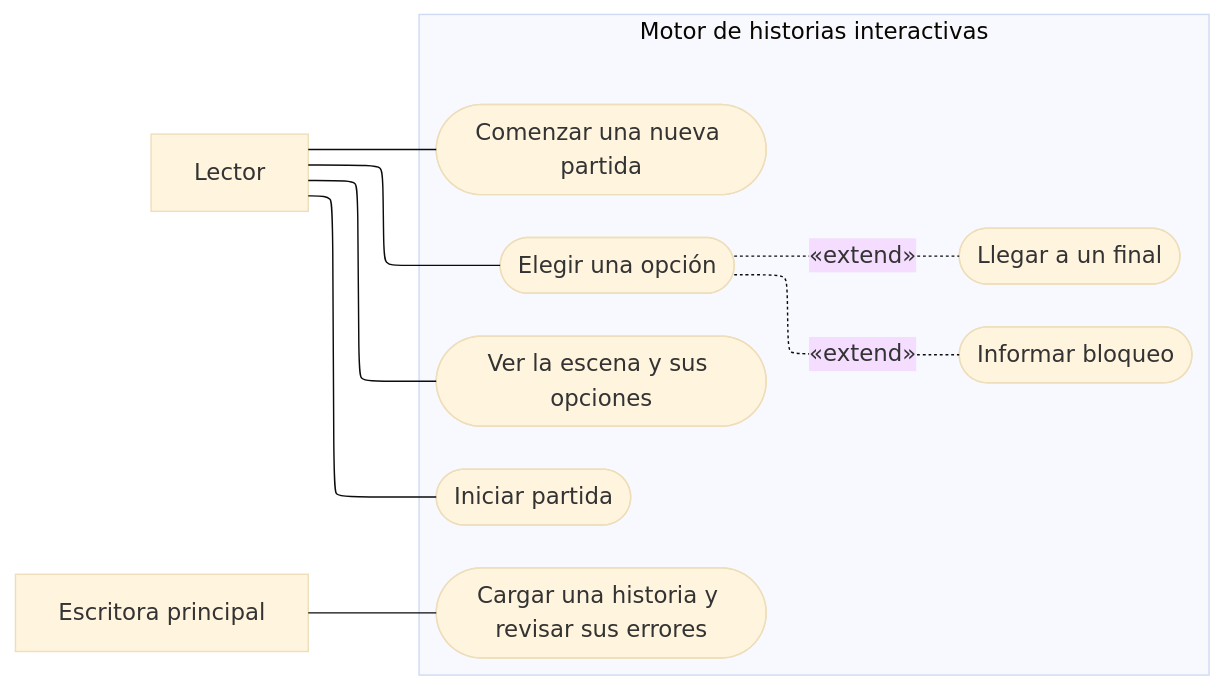
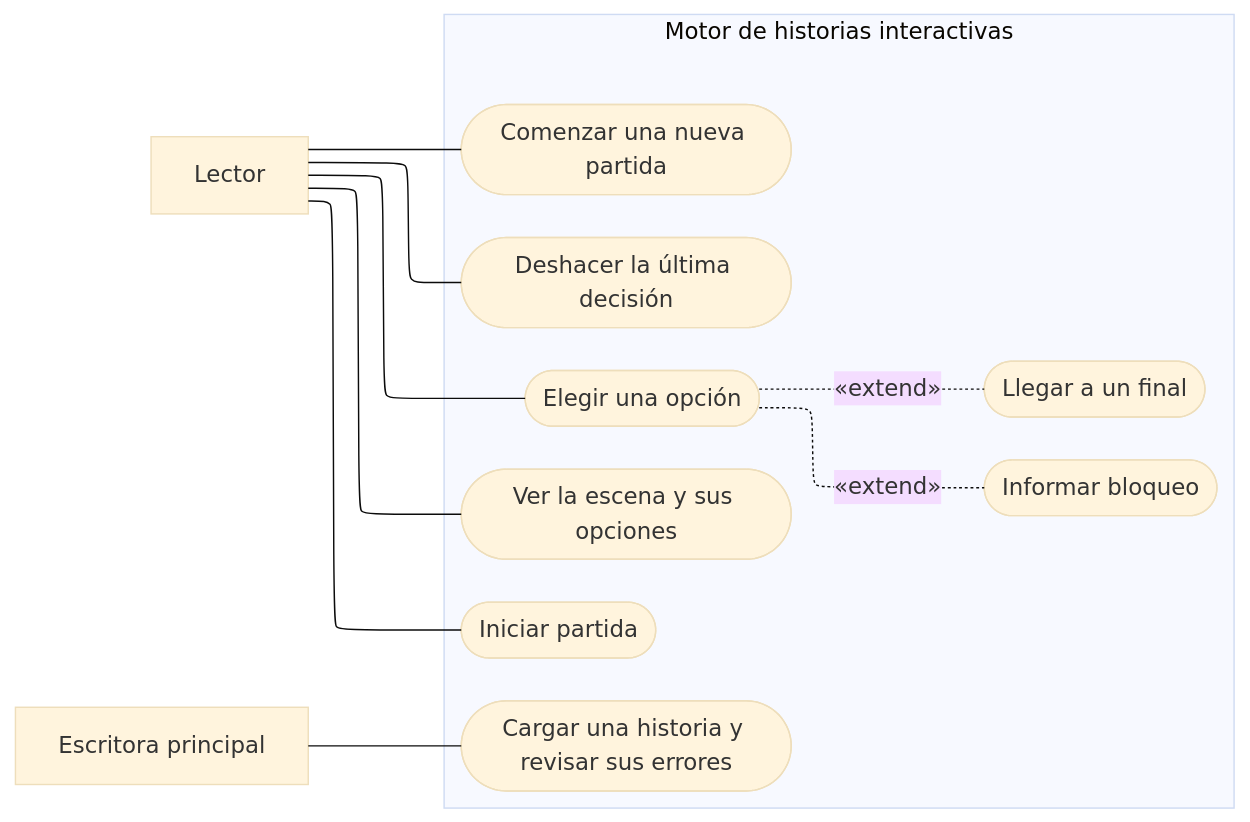
One commit to 8alanct-hub/sistema_de_historias_interectativas changed the diagram in docs/diagramas/casos_de_uso.mmd. Above: the diagram before and after it, drawn with Mermaid (base theme). The commit also changed 16 other files, not shown here.

Commit message:
Solicitud de cambio: deshacer la última decisión (RF14-RF18), U6 y análisis de impacto

```diff
--- a/docs/diagramas/casos_de_uso.mmd
+++ b/docs/diagramas/casos_de_uso.mmd
@@ -1,25 +1,27 @@
 ---
 config:
   layout: elk
 ---
 flowchart LR
     L["Lector"]
     E["Escritora principal"]
 
     subgraph Motor["Motor de historias interactivas"]
         CU1(["Iniciar partida"])
         CU2(["Ver la escena y sus opciones"])
         CU3(["Elegir una opción"])
         CU4(["Comenzar una nueva partida"])
+        CU6(["Deshacer la última decisión"])
         CU5(["Cargar una historia y revisar sus errores"])
         X1(["Llegar a un final"])
         X2(["Informar bloqueo"])
     end
 
     L --- CU1
     L --- CU2
     L --- CU3
     L --- CU4
+    L --- CU6
     E --- CU5
     CU3 -. "«extend»" .- X1
     CU3 -. "«extend»" .- X2
```
